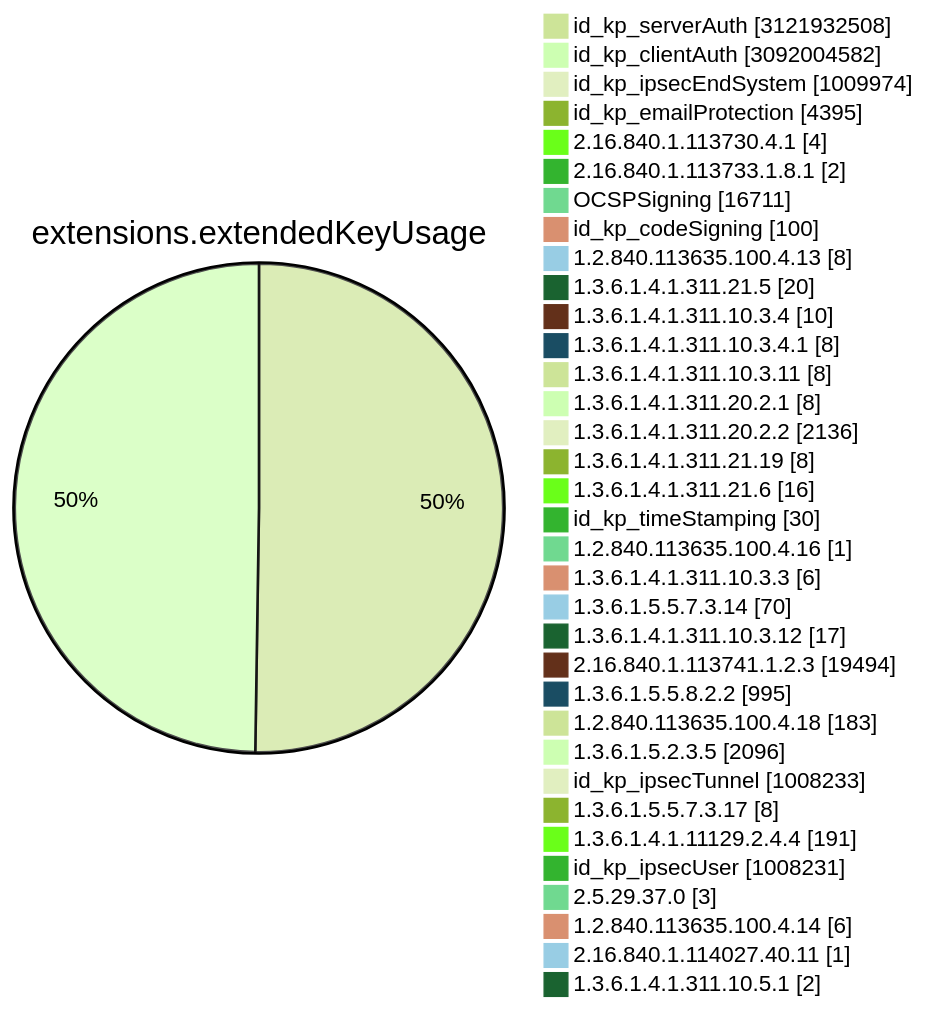
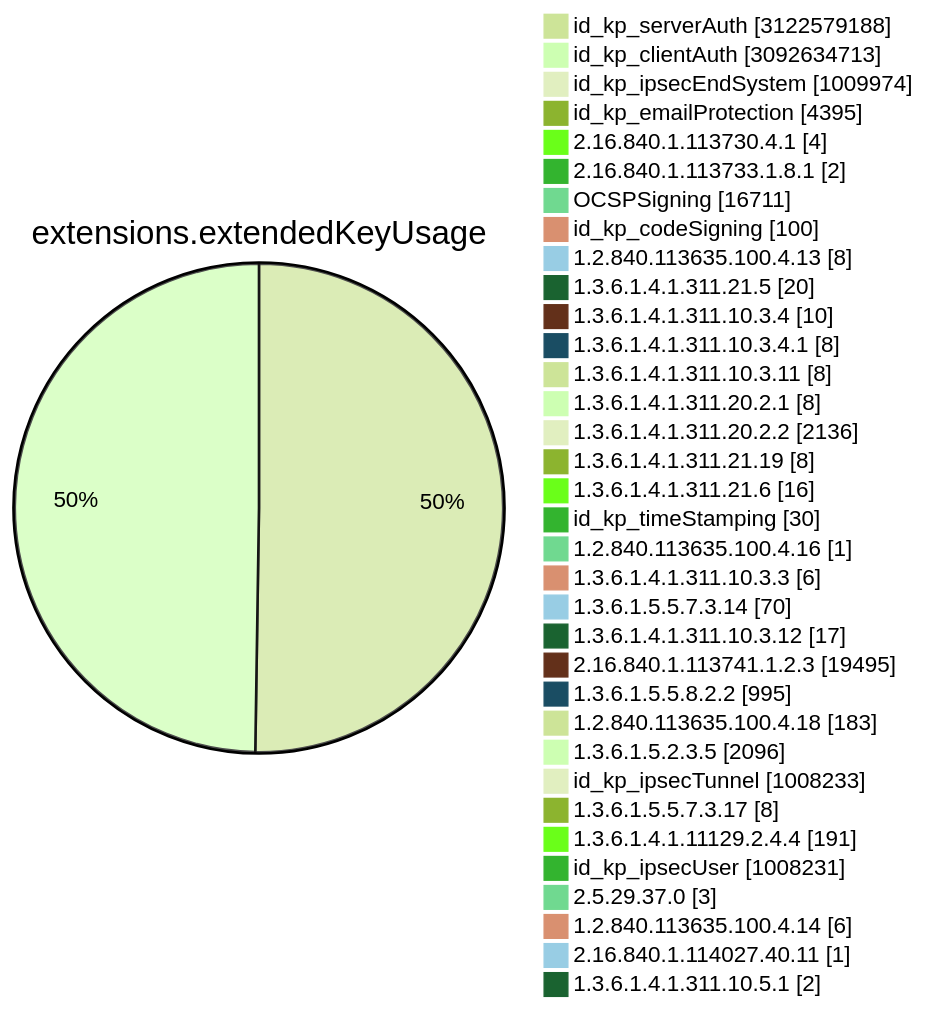
One commit to christiankrug/ctmonitor_visualization changed diagram 11 of 15 in TOTAL/README.md. Above: the diagram before and after it, drawn with Mermaid (forest theme). The commit also changed other lines of this file, not shown here.

````diff
--- a/TOTAL/README.md
+++ b/TOTAL/README.md
@@ -4119,38 +4119,38 @@
 ```mermaid
 pie showData
 title extensions.extendedKeyUsage
-"id_kp_serverAuth" :3121932508
-"id_kp_clientAuth" :3092004582
+"id_kp_serverAuth" :3122579188
+"id_kp_clientAuth" :3092634713
 "id_kp_ipsecEndSystem" :1009974
 "id_kp_emailProtection" :4395
 "2.16.840.1.113730.4.1" :4
 "2.16.840.1.113733.1.8.1" :2
 "OCSPSigning" :16711
 "id_kp_codeSigning" :100
 "1.2.840.113635.100.4.13" :8
 "1.3.6.1.4.1.311.21.5" :20
 "1.3.6.1.4.1.311.10.3.4" :10
 "1.3.6.1.4.1.311.10.3.4.1" :8
 "1.3.6.1.4.1.311.10.3.11" :8
 "1.3.6.1.4.1.311.20.2.1" :8
 "1.3.6.1.4.1.311.20.2.2" :2136
 "1.3.6.1.4.1.311.21.19" :8
 "1.3.6.1.4.1.311.21.6" :16
 "id_kp_timeStamping" :30
 "1.2.840.113635.100.4.16" :1
 "1.3.6.1.4.1.311.10.3.3" :6
 "1.3.6.1.5.5.7.3.14" :70
 "1.3.6.1.4.1.311.10.3.12" :17
-"2.16.840.1.113741.1.2.3" :19494
+"2.16.840.1.113741.1.2.3" :19495
 "1.3.6.1.5.5.8.2.2" :995
 "1.2.840.113635.100.4.18" :183
 "1.3.6.1.5.2.3.5" :2096
 "id_kp_ipsecTunnel" :1008233
 "1.3.6.1.5.5.7.3.17" :8
 "1.3.6.1.4.1.11129.2.4.4" :191
 "id_kp_ipsecUser" :1008231
 "2.5.29.37.0" :3
 "1.2.840.113635.100.4.14" :6
 "2.16.840.1.114027.40.11" :1
 "1.3.6.1.4.1.311.10.5.1" :2
 ```
````
